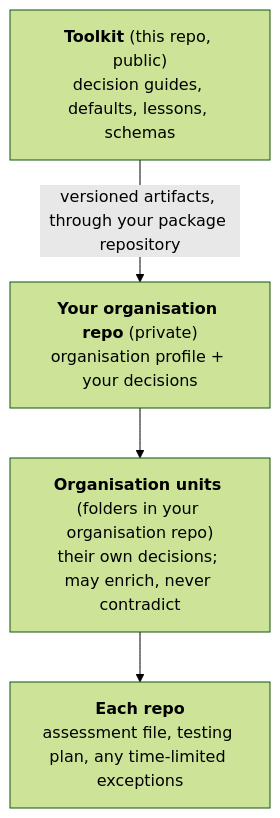
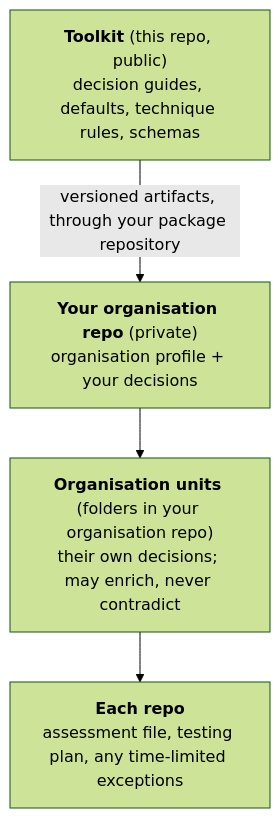
One commit to fiftiesHousewife/under-test changed the diagram in README.md. Above: the diagram before and after it, drawn with Mermaid (forest theme). The commit also changed other lines of this file and 58 other files, not shown here.

Commit message:
Lessons moved to their own repo (under-test-lessons) with a copy of the build conventions: lessons, video tools and lesson skills removed here, links point to the lessons repo, decision recorded as accepted

````diff
--- a/README.md
+++ b/README.md
@@ -41,10 +41,10 @@
 ```mermaid
 flowchart TB
-    T["<b>Toolkit</b> (this repo, public)<br/>decision guides, defaults, lessons, schemas"]
+    T["<b>Toolkit</b> (this repo, public)<br/>decision guides, defaults, technique rules, schemas"]
     O["<b>Your organisation repo</b> (private)<br/>organisation profile + your decisions"]
     U["<b>Organisation units</b> (folders in your organisation repo)<br/>their own decisions; may enrich, never contradict"]
     R["<b>Each repo</b><br/>assessment file, testing plan, any time-limited exceptions"]
     T -->|"versioned artifacts, through your package repository"| O
     O --> U
     U --> R
 ```
````
